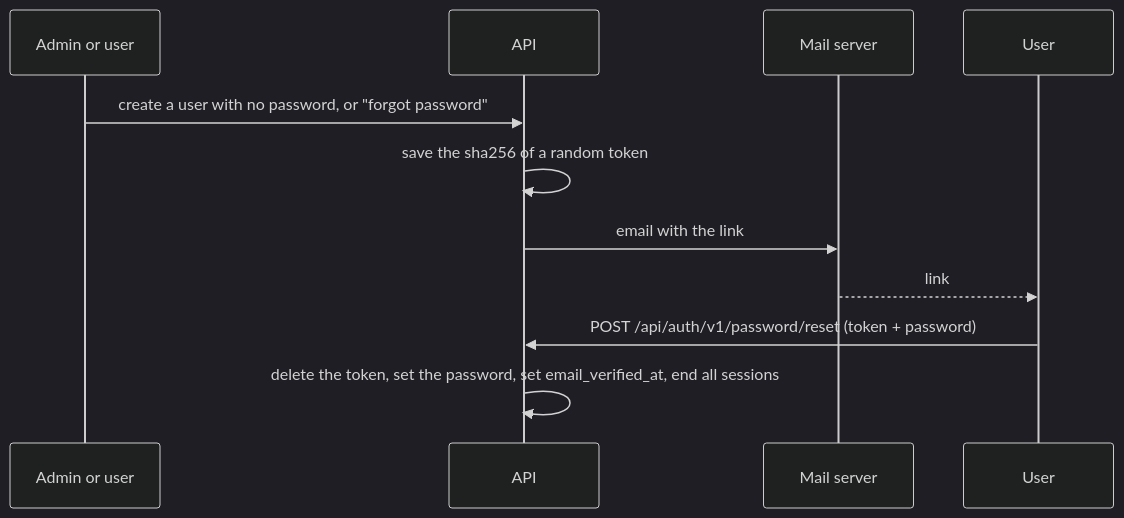
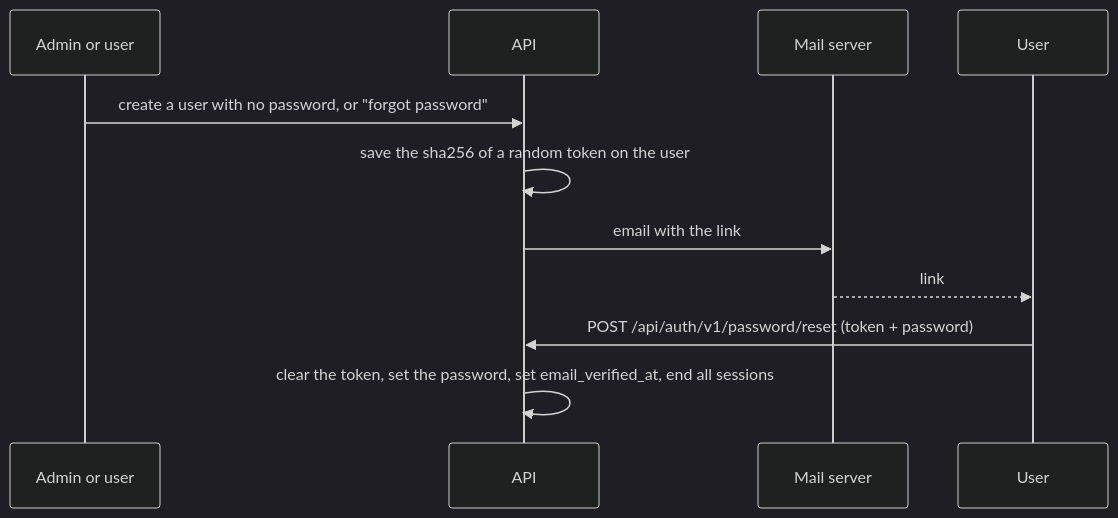
One commit to yuudev14/workflow changed the fifth of 6 diagrams in docs/auth.md. Above: the diagram before and after it, drawn with Mermaid (dark theme). The commit also changed other lines of this file and 20 other files, not shown here.

````diff
--- a/docs/auth.md
+++ b/docs/auth.md
@@ -148,13 +148,13 @@
 ```mermaid
 sequenceDiagram
     participant A as Admin or user
     participant API as API
     participant M as Mail server
     participant U as User
     A->>API: create a user with no password, or "forgot password"
-    API->>API: save the sha256 of a random token
+    API->>API: save the sha256 of a random token on the user
     API->>M: email with the link
     M-->>U: link
     U->>API: POST /api/auth/v1/password/reset (token + password)
-    API->>API: delete the token, set the password, set email_verified_at, end all sessions
+    API->>API: clear the token, set the password, set email_verified_at, end all sessions
 ```
````
